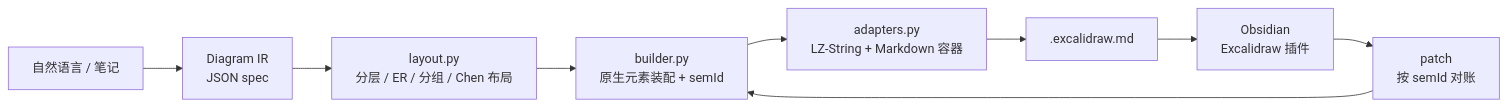
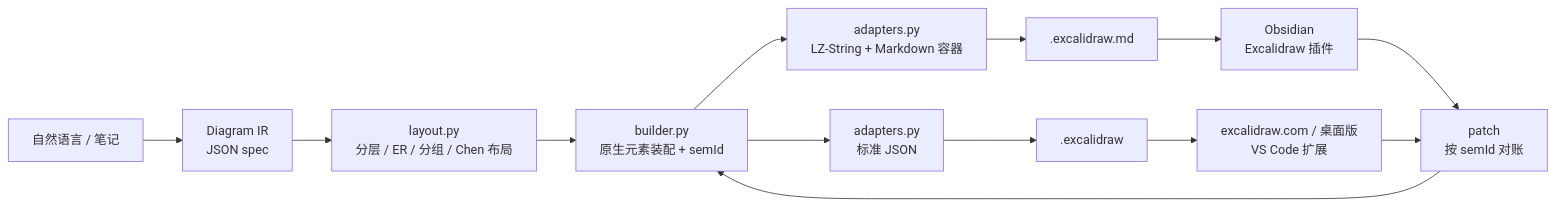
The diagram in excalidraw/README.md (8866nobug/wanger-skills), drawn with Mermaid before and after one commit. The commit also changed other lines of this file and 16 other files, not shown here.

````diff
--- a/excalidraw/README.md
+++ b/excalidraw/README.md
@@ -378,11 +421,15 @@
 ```mermaid
 flowchart LR
     A["自然语言 / 笔记"] --> B["Diagram IR<br/>JSON spec"]
     B --> C["layout.py<br/>分层 / ER / 分组 / Chen 布局"]
     C --> D["builder.py<br/>原生元素装配 + semId"]
-    D --> E["adapters.py<br/>LZ-String + Markdown 容器"]
-    E --> F[".excalidraw.md"]
-    F --> G["Obsidian<br/>Excalidraw 插件"]
-    G --> H["patch<br/>按 semId 对账"]
+    D --> E1["adapters.py<br/>LZ-String + Markdown 容器"]
+    E1 --> F1[".excalidraw.md"]
+    F1 --> G1["Obsidian<br/>Excalidraw 插件"]
+    D --> E2["adapters.py<br/>标准 JSON"]
+    E2 --> F2[".excalidraw"]
+    F2 --> G2["excalidraw.com / 桌面版<br/>VS Code 扩展"]
+    G1 --> H["patch<br/>按 semId 对账"]
+    G2 --> H
     H --> D
 ```
````
